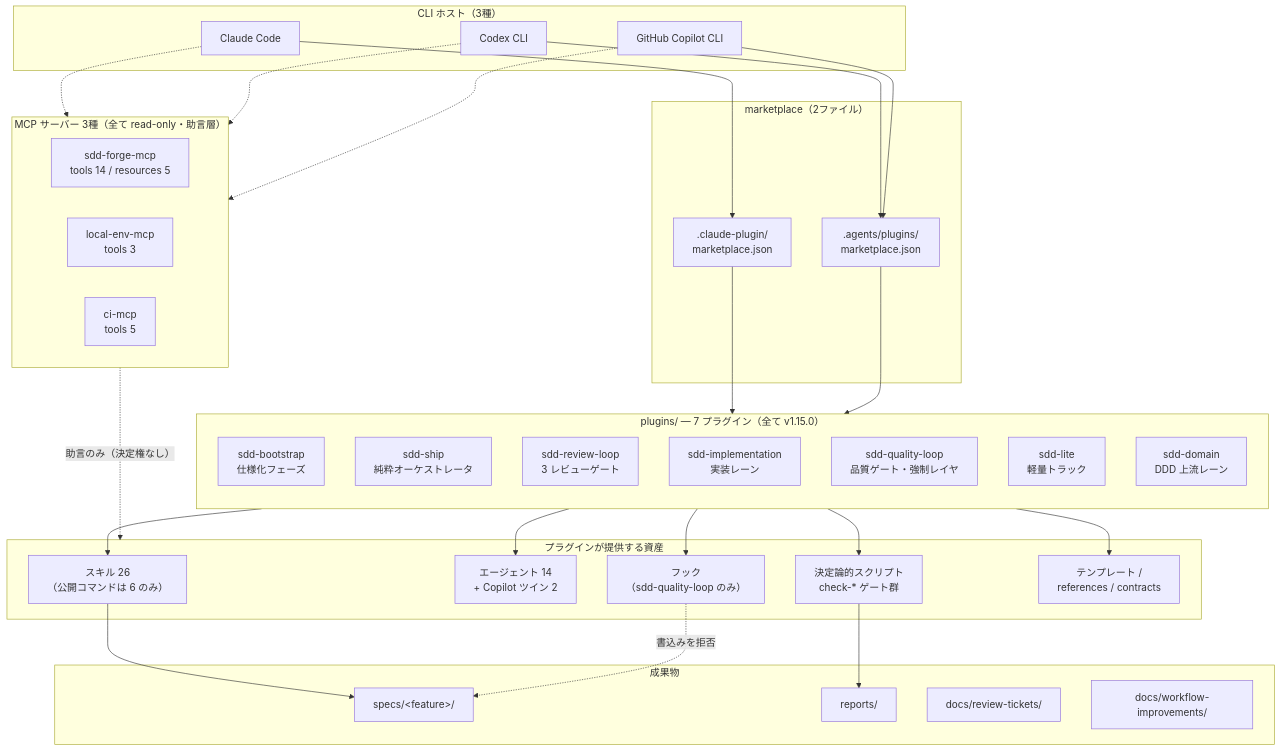
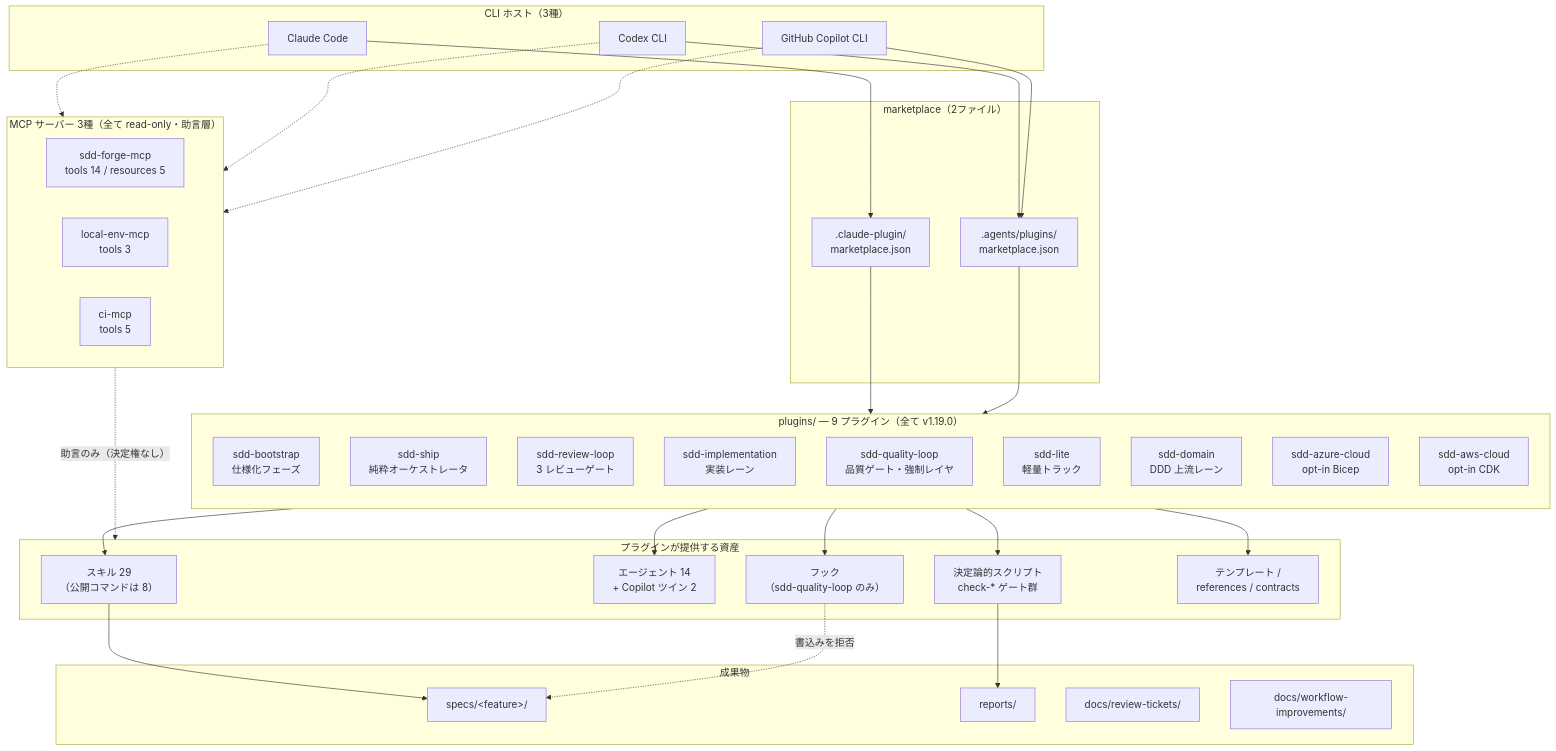
One commit to aharada54914/sdd-forge changed the first of 2 diagrams in docs/architecture/overview.md. Above: the diagram before and after it, drawn with Mermaid. The commit also changed other lines of this file and 174 other files, not shown here.

````diff
--- a/docs/architecture/overview.md
+++ b/docs/architecture/overview.md
@@ -11,67 +11,69 @@
 ```mermaid
 flowchart TD
     subgraph hosts["CLI ホスト（3種）"]
         CC["Claude Code"]
         CX["Codex CLI"]
         CP["GitHub Copilot CLI"]
     end
 
     subgraph mkt["marketplace（2ファイル）"]
         M1[".claude-plugin/<br/>marketplace.json"]
         M2[".agents/plugins/<br/>marketplace.json"]
     end
 
     CC --> M1
     CX --> M2
     CP --> M2
 
-    subgraph plugins["plugins/ — 7 プラグイン（全て v1.15.0）"]
+    subgraph plugins["plugins/ — 9 プラグイン（全て v1.19.0）"]
         direction TB
         PB["sdd-bootstrap<br/>仕様化フェーズ"]
         PS["sdd-ship<br/>純粋オーケストレータ"]
         PR["sdd-review-loop<br/>3 レビューゲート"]
         PI["sdd-implementation<br/>実装レーン"]
         PQ["sdd-quality-loop<br/>品質ゲート・強制レイヤ"]
         PL["sdd-lite<br/>軽量トラック"]
         PD["sdd-domain<br/>DDD 上流レーン"]
+        PA["sdd-azure-cloud<br/>opt-in Bicep"]
+        PW["sdd-aws-cloud<br/>opt-in CDK"]
     end
 
     M1 --> plugins
     M2 --> plugins
 
     subgraph assets["プラグインが提供する資産"]
-        SK["スキル 26<br/>（公開コマンドは 6 のみ）"]
+        SK["スキル 29<br/>（公開コマンドは 8）"]
         AG["エージェント 14<br/>+ Copilot ツイン 2"]
         HK["フック<br/>（sdd-quality-loop のみ）"]
         SC["決定論的スクリプト<br/>check-* ゲート群"]
         TP["テンプレート /<br/>references / contracts"]
     end
 
     plugins --> SK
     plugins --> AG
     plugins --> HK
     plugins --> SC
     plugins --> TP
 
     subgraph mcp["MCP サーバー 3種（全て read-only・助言層）"]
         MA["sdd-forge-mcp<br/>tools 14 / resources 5"]
         MB["local-env-mcp<br/>tools 3"]
         MC["ci-mcp<br/>tools 5"]
     end
 
     CC -.-> mcp
     CX -.-> mcp
     CP -.-> mcp
     mcp -. "助言のみ（決定権なし）" .-> assets
 
     subgraph out["成果物"]
         O1["specs/&lt;feature&gt;/"]
         O2["reports/"]
         O3["docs/review-tickets/"]
         O4["docs/workflow-improvements/"]
     end
 
     SK --> O1
     SC --> O2
     HK -. "書込みを拒否" .-> O1
 ```
````
